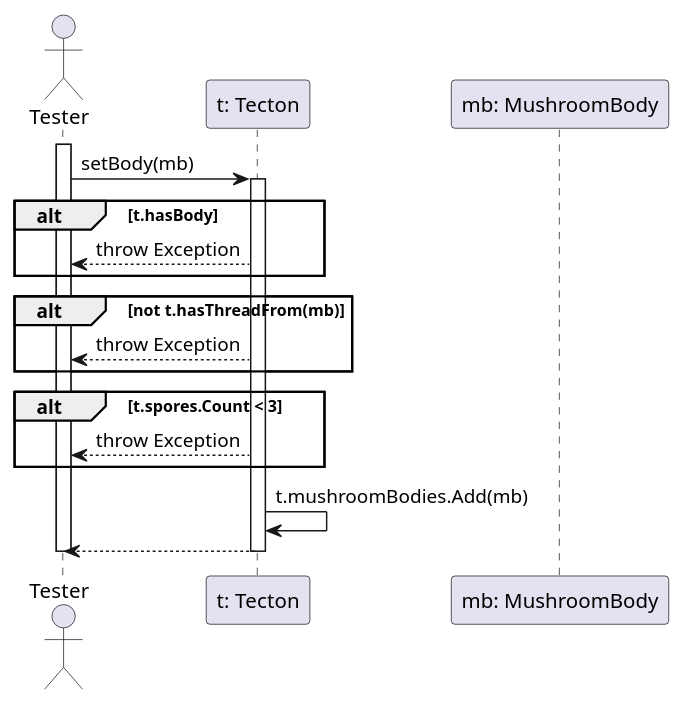
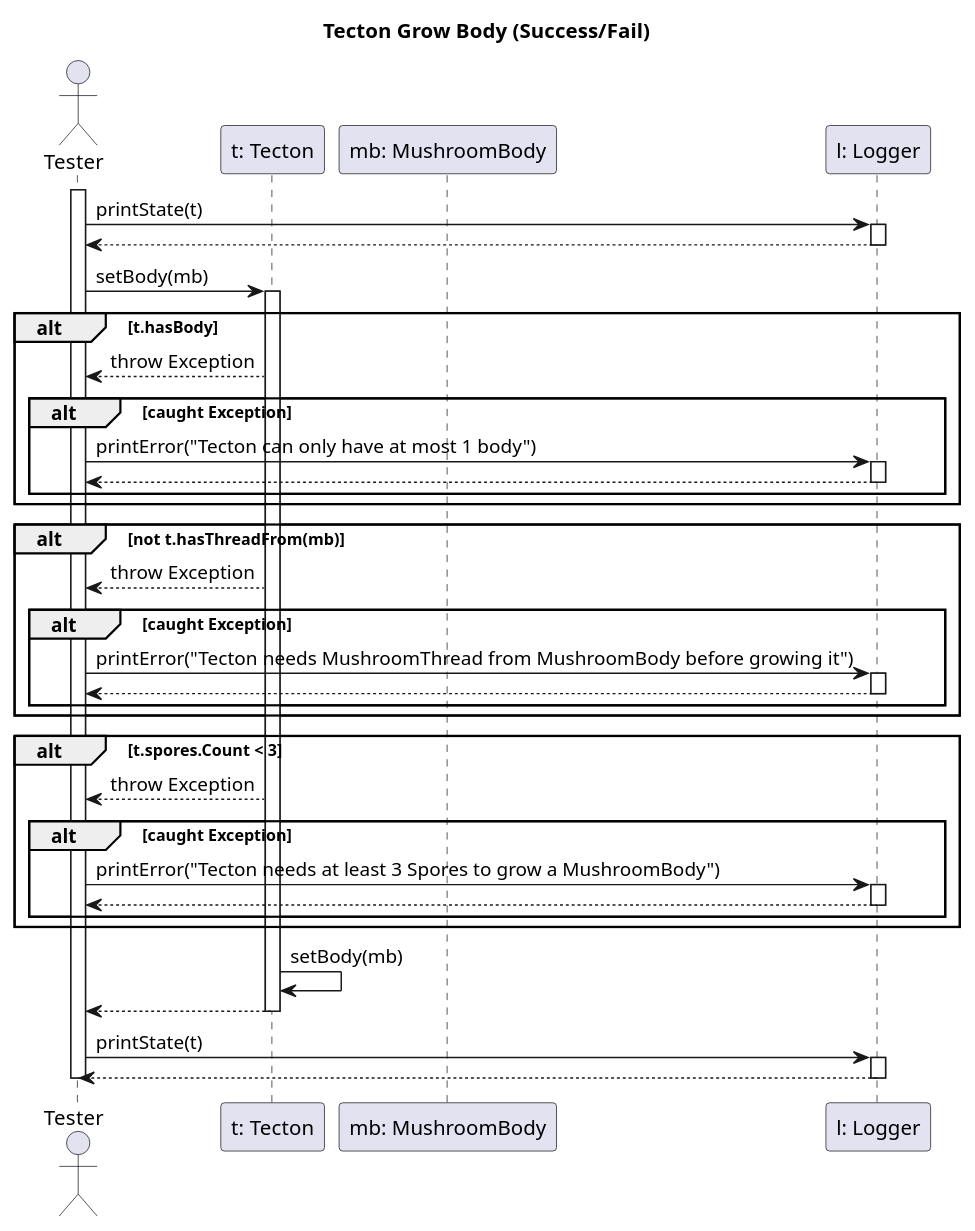
One commit to dzsem/projlab changed the diagram in diagrams/test-sequence/tectonGrowBody.puml. Above: the diagram before and after it, drawn with PlantUML.

```diff
--- a/diagrams/test-sequence/tectonGrowBody.puml
+++ b/diagrams/test-sequence/tectonGrowBody.puml
@@ -1,31 +1,65 @@
-@startuml tectoGrowBodyTest
+@startuml tectonGrowBodyTest
+
+title Tecton Grow Body (Success/Fail)
 
 actor "Tester" as ts
 participant "t: Tecton" as t
 participant "mb: MushroomBody" as mb
+participant "l: Logger" as l
 
 activate ts
+
+ts -> l: printState(t)
+activate l
+ts <-- l
+deactivate l
 
 ts -> t: setBody(mb)
 activate t
 
 alt t.hasBody
     ts <-- t: throw Exception
+
+    alt caught Exception
+        ts -> l: printError("Tecton can only have at most 1 body")
+        activate l
+        ts <-- l
+        deactivate l    
+    end
 end
 
 alt not t.hasThreadFrom(mb)
     ts <-- t: throw Exception
+
+    alt caught Exception
+        ts -> l: printError("Tecton needs MushroomThread from MushroomBody before growing it")
+        activate l
+        ts <-- l
+        deactivate l    
+    end
 end
 
 alt t.spores.Count < 3
     ts <-- t: throw Exception
+
+    alt caught Exception
+        ts -> l: printError("Tecton needs at least 3 Spores to grow a MushroomBody")
+        activate l
+        ts <-- l
+        deactivate l    
+    end
 end
 
-t -> t: t.mushroomBodies.Add(mb)
+t -> t: setBody(mb)
 
 ts <-- t
 deactivate t
 
+ts -> l: printState(t)
+activate l
+ts <-- l
+deactivate l
+
 deactivate ts
 
 @enduml
```
